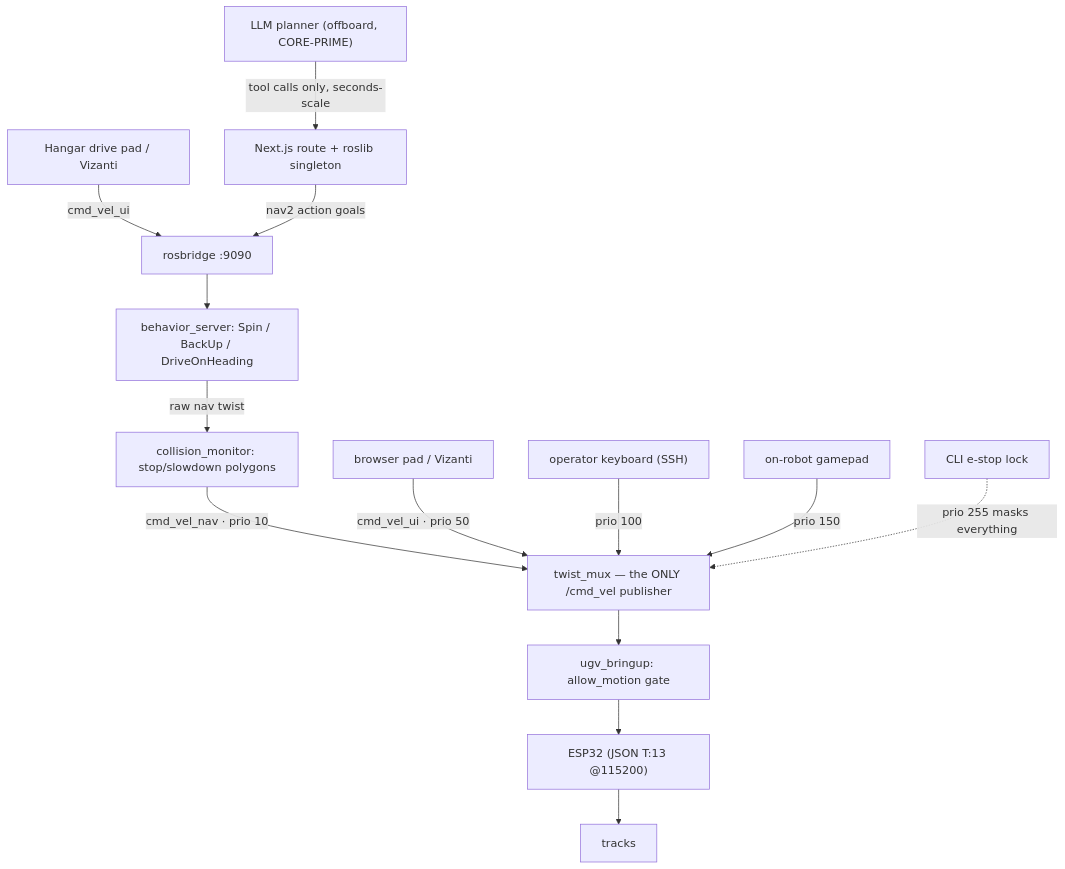
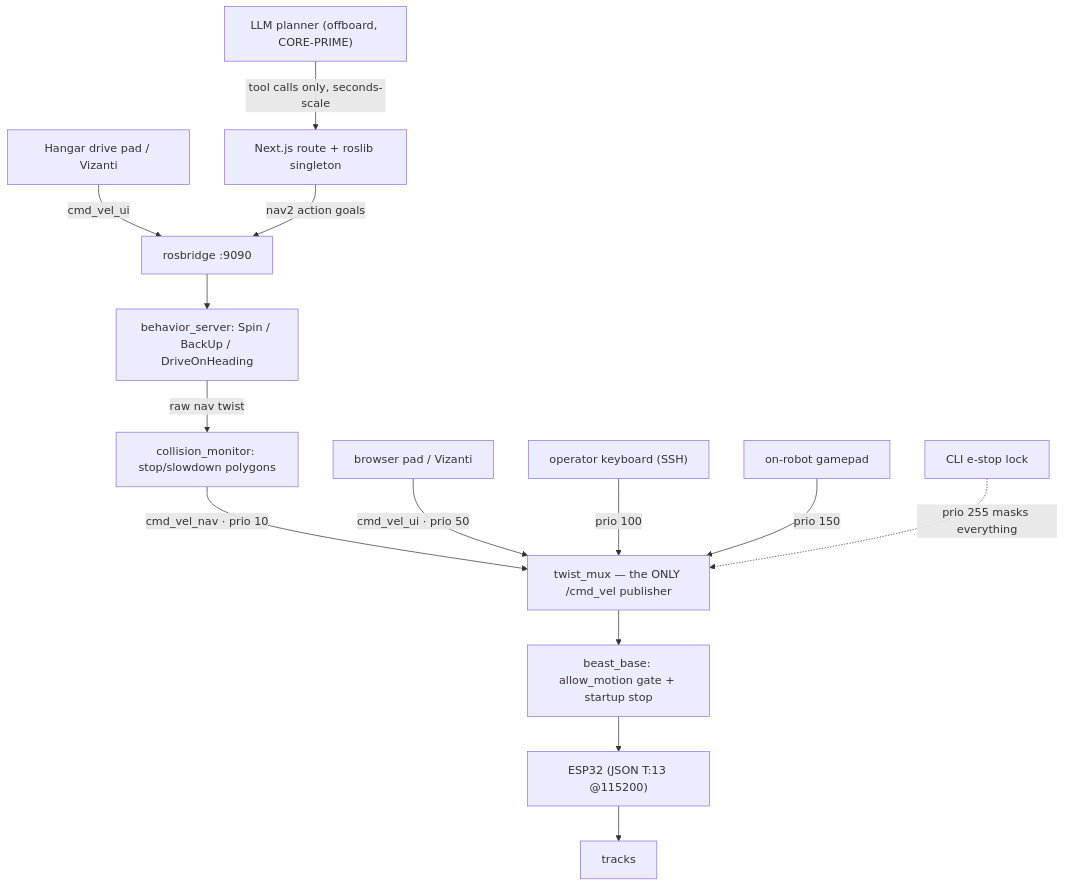
The second of 4 diagrams in docs/beast-control-topology.md (Coldaine/RobotOverview), drawn with Mermaid before and after one commit. The commit also changed other lines of this file, not shown here.

Commit message:
fix(beast): address PR #174 review follow-ups

````diff
--- a/docs/beast-control-topology.md
+++ b/docs/beast-control-topology.md
@@ -81,16 +81,16 @@
 ```mermaid
 flowchart TB
   LLM["LLM planner (offboard, CORE-PRIME)"] -->|"tool calls only, seconds-scale"| CH["Next.js route + roslib singleton"]
   OPW["Hangar drive pad / Vizanti"] -->|"cmd_vel_ui"| RBX["rosbridge :9090"]
   CH -->|"nav2 action goals"| RBX
   RBX --> BS["behavior_server: Spin / BackUp / DriveOnHeading"]
   BS -->|"raw nav twist"| CM["collision_monitor: stop/slowdown polygons"]
   CM -->|"cmd_vel_nav · prio 10"| MUX["twist_mux — the ONLY /cmd_vel publisher"]
   PAD["browser pad / Vizanti"] -->|"cmd_vel_ui · prio 50"| MUX
   KBD["operator keyboard (SSH)"] -->|"prio 100"| MUX
   JPD["on-robot gamepad"] -->|"prio 150"| MUX
   ES["CLI e-stop lock"] -.->|"prio 255 masks everything"| MUX
-  MUX --> BR["ugv_bringup: allow_motion gate"]
+  MUX --> BR["beast_base: allow_motion gate + startup stop"]
   BR --> ESP["ESP32 (JSON T:13 @115200)"]
   ESP --> TRK["tracks"]
 ```
````
